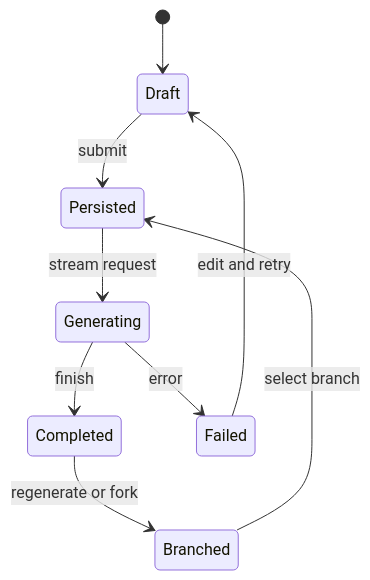
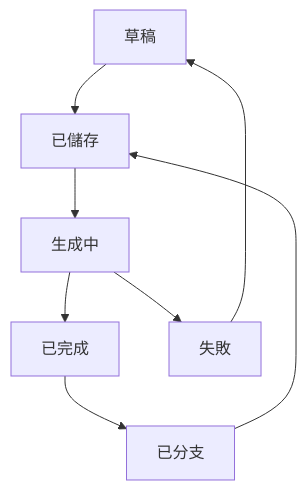
The fifth of 7 diagrams in README_ZH_TW.md (EterUltimate/EterUee), drawn with Mermaid before and after one commit. The commit also changed other lines of this file and 2 other files, not shown here.

Commit message:
docs: make README diagrams GitHub-safe

````diff
--- a/README_ZH_TW.md
+++ b/README_ZH_TW.md
@@ -188,11 +166,17 @@
 ```mermaid
-stateDiagram-v2
-    [*] --> Draft
-    Draft --> Persisted: submit
-    Persisted --> Generating: stream request
-    Generating --> Completed: finish
-    Generating --> Failed: error
-    Completed --> Branched: regenerate or fork
-    Failed --> Draft: edit and retry
-    Branched --> Persisted: select branch
+graph TD
+    Draft[草稿]
+    Persisted[已儲存]
+    Generating[生成中]
+    Completed[已完成]
+    Failed[失敗]
+    Branched[已分支]
+
+    Draft --> Persisted
+    Persisted --> Generating
+    Generating --> Completed
+    Generating --> Failed
+    Completed --> Branched
+    Failed --> Draft
+    Branched --> Persisted
 ```
````
